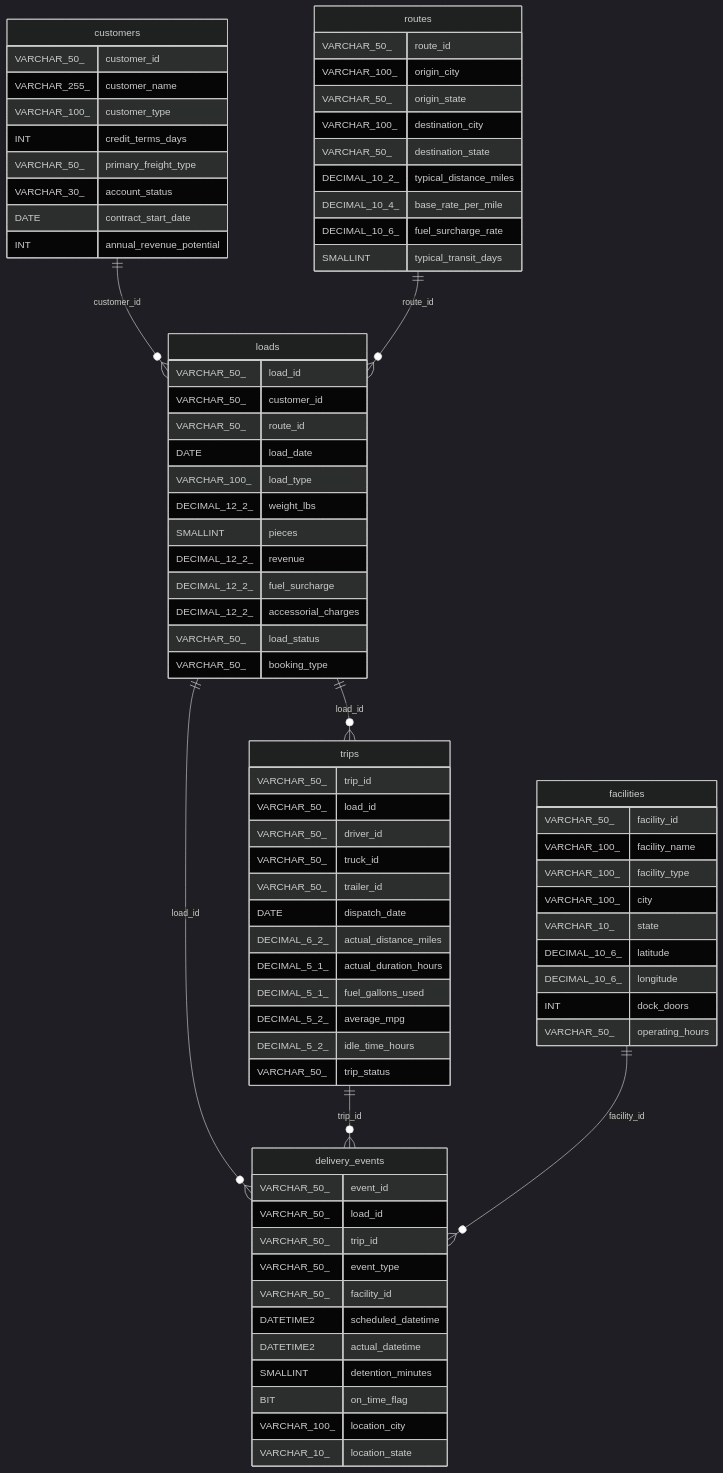
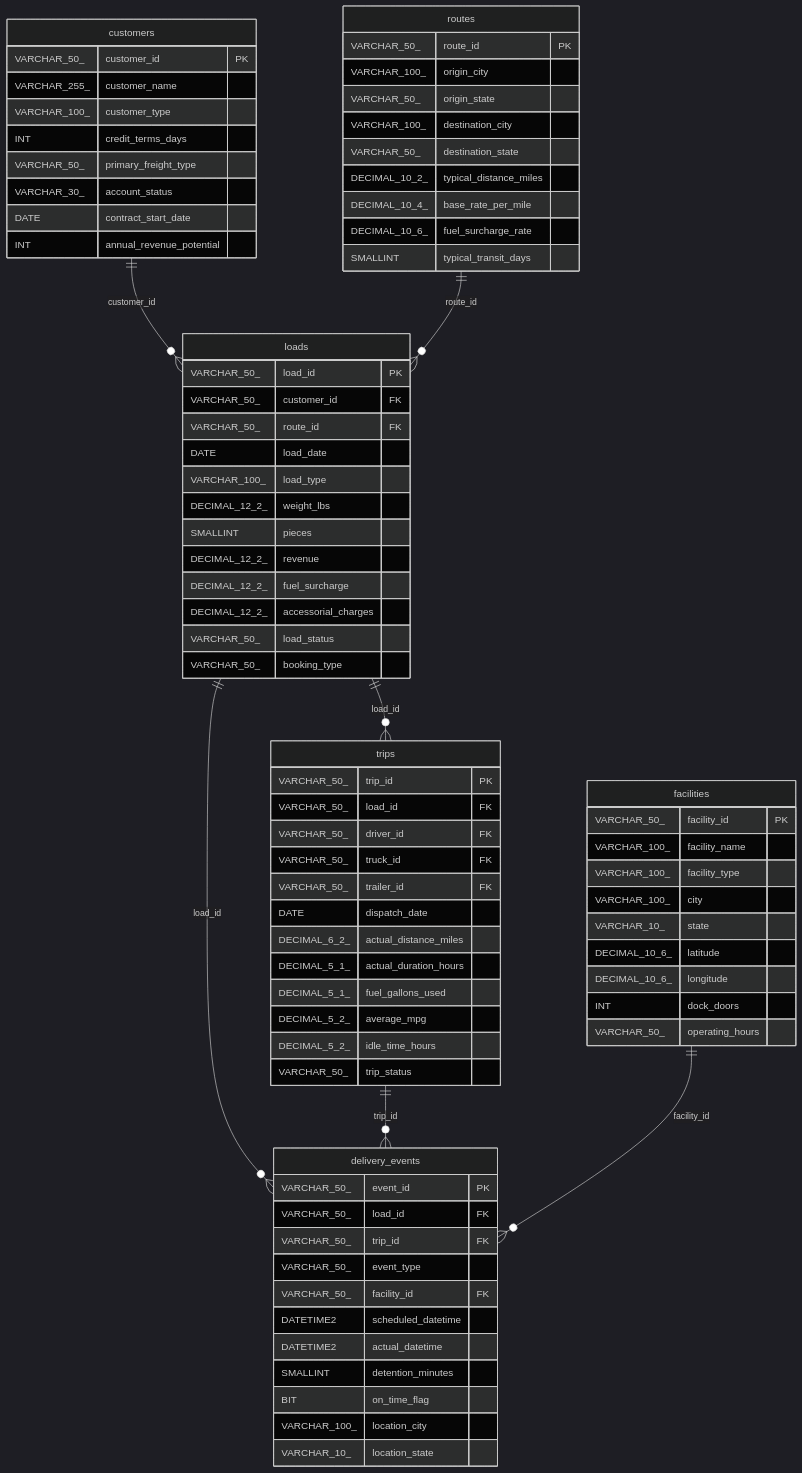
Before and after one commit to hamzaa-rehman/logistics-analytics-data-warehouse: the diagram in docs/diagrams/silver_erd_operational_flow.md, drawn with Mermaid (dark theme). The commit also changed other lines of this file, not shown here.

Commit message:
docs: correct Silver ERD key annotations

````diff
--- a/docs/diagrams/silver_erd_operational_flow.md
+++ b/docs/diagrams/silver_erd_operational_flow.md
@@ -9,82 +9,82 @@
 ```mermaid
 erDiagram
     customers {
-        VARCHAR_50_ customer_id
+        VARCHAR_50_ customer_id PK
         VARCHAR_255_ customer_name
         VARCHAR_100_ customer_type
         INT credit_terms_days
         VARCHAR_50_ primary_freight_type
         VARCHAR_30_ account_status
         DATE contract_start_date
         INT annual_revenue_potential
     }
     routes {
-        VARCHAR_50_ route_id
+        VARCHAR_50_ route_id PK
         VARCHAR_100_ origin_city
         VARCHAR_50_ origin_state
         VARCHAR_100_ destination_city
         VARCHAR_50_ destination_state
         DECIMAL_10_2_ typical_distance_miles
         DECIMAL_10_4_ base_rate_per_mile
         DECIMAL_10_6_ fuel_surcharge_rate
         SMALLINT typical_transit_days
     }
     loads {
-        VARCHAR_50_ load_id
-        VARCHAR_50_ customer_id
-        VARCHAR_50_ route_id
+        VARCHAR_50_ load_id PK
+        VARCHAR_50_ customer_id FK
+        VARCHAR_50_ route_id FK
         DATE load_date
         VARCHAR_100_ load_type
         DECIMAL_12_2_ weight_lbs
         SMALLINT pieces
         DECIMAL_12_2_ revenue
         DECIMAL_12_2_ fuel_surcharge
         DECIMAL_12_2_ accessorial_charges
         VARCHAR_50_ load_status
         VARCHAR_50_ booking_type
     }
     trips {
-        VARCHAR_50_ trip_id
-        VARCHAR_50_ load_id
-        VARCHAR_50_ driver_id
-        VARCHAR_50_ truck_id
-        VARCHAR_50_ trailer_id
+        VARCHAR_50_ trip_id PK
+        VARCHAR_50_ load_id FK
+        VARCHAR_50_ driver_id FK
+        VARCHAR_50_ truck_id FK
+        VARCHAR_50_ trailer_id FK
         DATE dispatch_date
         DECIMAL_6_2_ actual_distance_miles
         DECIMAL_5_1_ actual_duration_hours
         DECIMAL_5_1_ fuel_gallons_used
         DECIMAL_5_2_ average_mpg
         DECIMAL_5_2_ idle_time_hours
         VARCHAR_50_ trip_status
     }
     delivery_events {
-        VARCHAR_50_ event_id
-        VARCHAR_50_ load_id
-        VARCHAR_50_ trip_id
+        VARCHAR_50_ event_id PK
+        VARCHAR_50_ load_id FK
+        VARCHAR_50_ trip_id FK
         VARCHAR_50_ event_type
-        VARCHAR_50_ facility_id
+        VARCHAR_50_ facility_id FK
         DATETIME2 scheduled_datetime
         DATETIME2 actual_datetime
         SMALLINT detention_minutes
         BIT on_time_flag
         VARCHAR_100_ location_city
         VARCHAR_10_ location_state
     }
     facilities {
-        VARCHAR_50_ facility_id
+        VARCHAR_50_ facility_id PK
         VARCHAR_100_ facility_name
         VARCHAR_100_ facility_type
         VARCHAR_100_ city
         VARCHAR_10_ state
         DECIMAL_10_6_ latitude
         DECIMAL_10_6_ longitude
         INT dock_doors
         VARCHAR_50_ operating_hours
     }
     customers ||--o{ loads : "customer_id"
     routes ||--o{ loads : "route_id"
     loads ||--o{ trips : "load_id"
     loads ||--o{ delivery_events : "load_id"
     trips ||--o{ delivery_events : "trip_id"
     facilities ||--o{ delivery_events : "facility_id"
 ```
````
